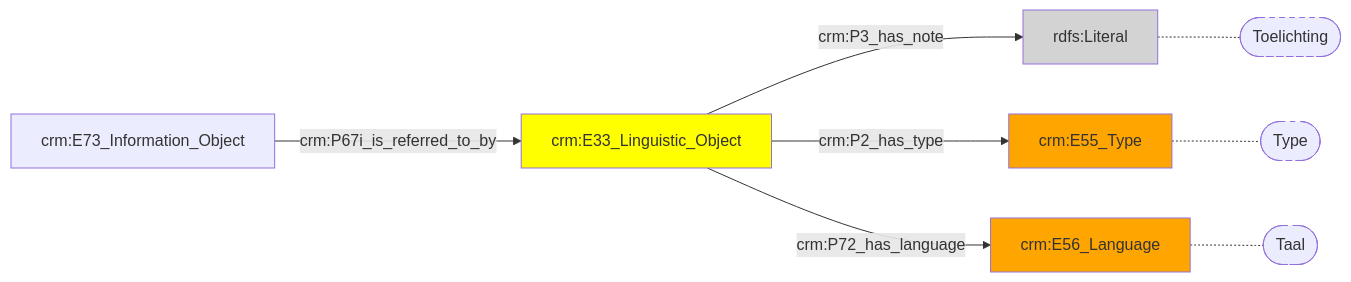
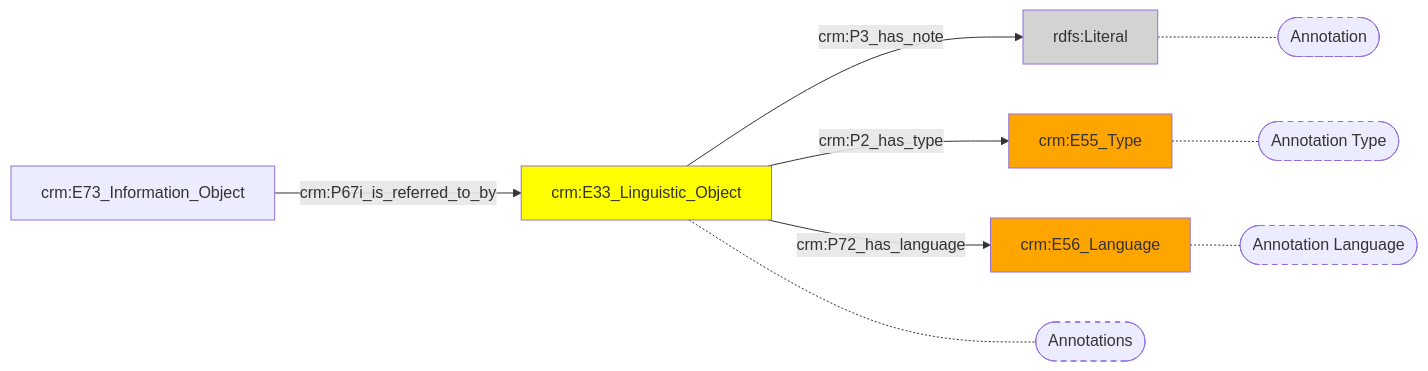
One commit to digipolisantwerpdocumentation/antwerp-cultureel-erfgoed changed the diagram in docs/content/modellen/ArchiefItemImmaterieel/Aantekeningen.md. Above: the diagram before and after it, drawn with Mermaid. The commit also changed 167 other files, not shown here.

````diff
--- a/docs/content/modellen/ArchiefItemImmaterieel/Aantekeningen.md
+++ b/docs/content/modellen/ArchiefItemImmaterieel/Aantekeningen.md
@@ -1,17 +1,19 @@
 ```mermaid
 graph LR
 2f6343a6-a5fe-11ec-b19f-9cf387da2c40["crm:E33_Linguistic_Object"]-->|"crm:P3_has_note"|2f636980-a5fe-11ec-b19f-9cf387da2c40(rdfs:Literal)
-2f63aa3a-a5fe-11ec-b19f-9cf387da2c40["crm:E55_Type"]-.-2f63aa3a-a5fe-11ec-b19f-9cf387da2c40_s(["Type"])
-2f636980-a5fe-11ec-b19f-9cf387da2c40["rdfs:Literal"]-.-2f636980-a5fe-11ec-b19f-9cf387da2c40_s(["Toelichting"])
-2f63aae4-a5fe-11ec-b19f-9cf387da2c40["crm:E56_Language"]-.-2f63aae4-a5fe-11ec-b19f-9cf387da2c40_s(["Taal"])
+2f63aa3a-a5fe-11ec-b19f-9cf387da2c40["crm:E55_Type"]-.-2f63aa3a-a5fe-11ec-b19f-9cf387da2c40_s(["Annotation Type"])
+2f636980-a5fe-11ec-b19f-9cf387da2c40["rdfs:Literal"]-.-2f636980-a5fe-11ec-b19f-9cf387da2c40_s(["Annotation"])
+2f63aae4-a5fe-11ec-b19f-9cf387da2c40["crm:E56_Language"]-.-2f63aae4-a5fe-11ec-b19f-9cf387da2c40_s(["Annotation Language"])
+2f6343a6-a5fe-11ec-b19f-9cf387da2c40["crm:E33_Linguistic_Object"]-.-2f6343a6-a5fe-11ec-b19f-9cf387da2c40_s(["Annotations"])
 style 2f63aa3a-a5fe-11ec-b19f-9cf387da2c40_s stroke-dasharray: 5
 style 2f636980-a5fe-11ec-b19f-9cf387da2c40_s stroke-dasharray: 5
 style 2f63aae4-a5fe-11ec-b19f-9cf387da2c40_s stroke-dasharray: 5
-2f6343a6-a5fe-11ec-b19f-9cf387da2c40["crm:E33_Linguistic_Object"]-->|"crm:P2_has_type"|2f63aa3a-a5fe-11ec-b19f-9cf387da2c40["crm:E55_Type"]
-2f6343a6-a5fe-11ec-b19f-9cf387da2c40["crm:E33_Linguistic_Object"]-->|"crm:P72_has_language"|2f63aae4-a5fe-11ec-b19f-9cf387da2c40["crm:E56_Language"]
-2f63ae40-a5fe-11ec-b19f-9cf387da2c40["crm:E73_Information_Object"]-->|"crm:P67i_is_referred_to_by"|2f6343a6-a5fe-11ec-b19f-9cf387da2c40["crm:E33_Linguistic_Object"]
+style 2f6343a6-a5fe-11ec-b19f-9cf387da2c40_s stroke-dasharray: 5
 style 2f6343a6-a5fe-11ec-b19f-9cf387da2c40 fill:#ffff00
 style 2f636980-a5fe-11ec-b19f-9cf387da2c40 fill:#D3D3D3
 style 2f63aa3a-a5fe-11ec-b19f-9cf387da2c40 fill:#ffa500
 style 2f63aae4-a5fe-11ec-b19f-9cf387da2c40 fill:#ffa500
+2f6343a6-a5fe-11ec-b19f-9cf387da2c40["crm:E33_Linguistic_Object"]-->|"crm:P2_has_type"|2f63aa3a-a5fe-11ec-b19f-9cf387da2c40["crm:E55_Type"]
+2f6343a6-a5fe-11ec-b19f-9cf387da2c40["crm:E33_Linguistic_Object"]-->|"crm:P72_has_language"|2f63aae4-a5fe-11ec-b19f-9cf387da2c40["crm:E56_Language"]
+2f63ae40-a5fe-11ec-b19f-9cf387da2c40["crm:E73_Information_Object"]-->|"crm:P67i_is_referred_to_by"|2f6343a6-a5fe-11ec-b19f-9cf387da2c40["crm:E33_Linguistic_Object"]
 ```
````
